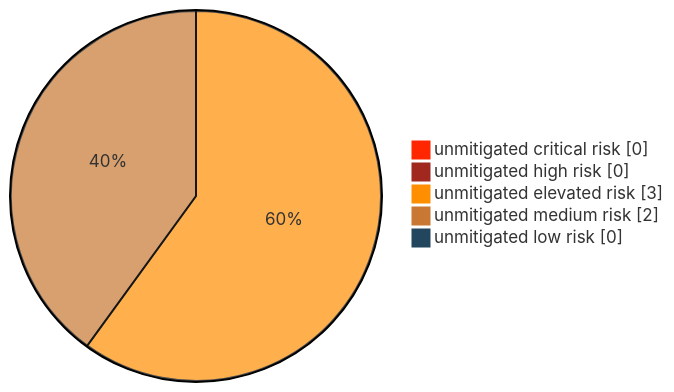
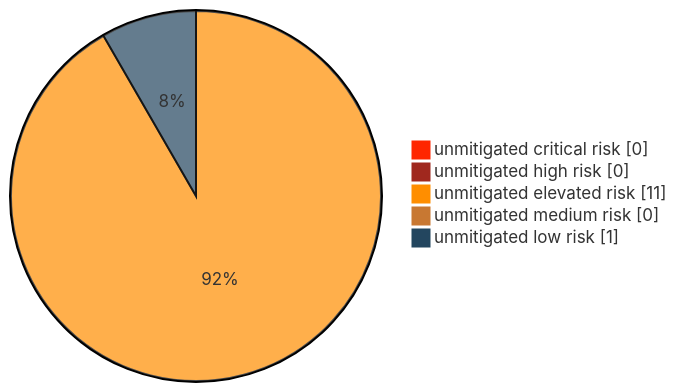
One commit to Luv1881/Threat-model changed the first of 2 diagrams in threagile/output/pasta/adocReport/030_RiskMitigationStatus.adoc. Above: the diagram before and after it, drawn with Mermaid. The commit also changed other lines of this file and 312 other files, not shown here.

```diff
--- a/threagile/output/pasta/adocReport/030_RiskMitigationStatus.adoc
+++ b/threagile/output/pasta/adocReport/030_RiskMitigationStatus.adoc
@@ -75,10 +75,10 @@
 [mermaid]
 ....
 %%{init: {'pie' : {'textPosition' : 0.5}, 'theme': 'base', 'themeVariables': { 'pie1': '#FF2600', 'pie2': '#A0281E', 'pie3': '#FF8E00', 'pie4': '#C87832', 'pie5': '#23465F'}}}%%
 pie showData
   "unmitigated critical risk" : 0
   "unmitigated high risk" : 0
-  "unmitigated elevated risk" : 3
-  "unmitigated medium risk" : 2
-  "unmitigated low risk" : 0
+  "unmitigated elevated risk" : 11
+  "unmitigated medium risk" : 0
+  "unmitigated low risk" : 1
 ....
```
